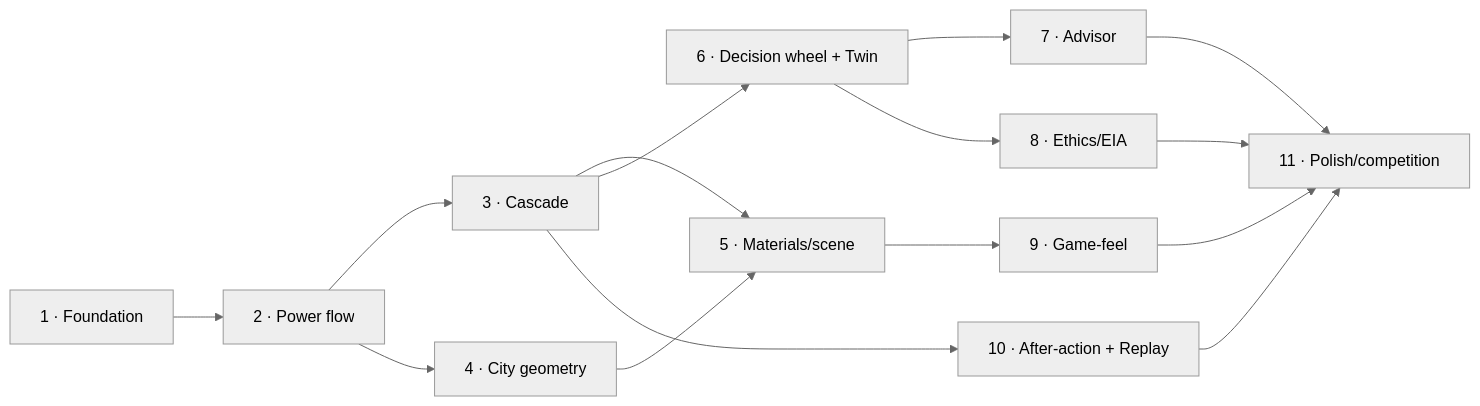
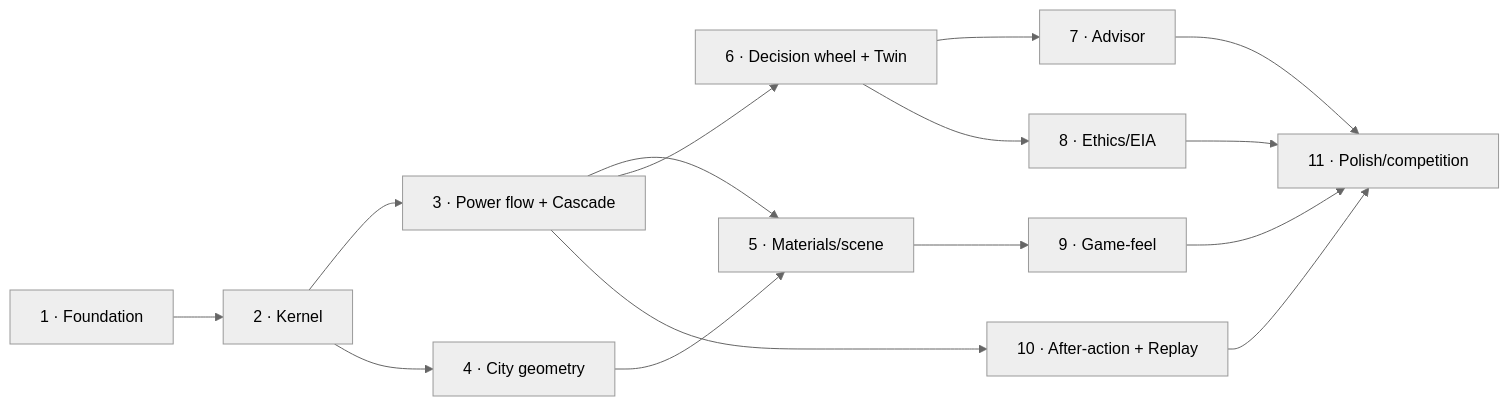
One commit to GalacticVraj/IEEEMETAVERSE changed the diagram in docs/architecture/09-development-roadmap.md. Above: the diagram before and after it, drawn with Mermaid (neutral theme). The commit also changed other lines of this file and 84 other files, not shown here.

````diff
--- a/docs/architecture/09-development-roadmap.md
+++ b/docs/architecture/09-development-roadmap.md
@@ -23,17 +23,17 @@
 ```mermaid
 flowchart LR
-    P1["1 · Foundation"] --> P2["2 · Power flow"]
-    P2 --> P3["3 · Cascade"]
+    P1["1 · Foundation"] --> P2["2 · Kernel"]
+    P2 --> P3["3 · Power flow + Cascade"]
     P2 --> P4["4 · City geometry"]
     P3 --> P5["5 · Materials/scene"]
     P4 --> P5
     P3 --> P6["6 · Decision wheel + Twin"]
     P6 --> P7["7 · Advisor"]
     P6 --> P8["8 · Ethics/EIA"]
     P5 --> P9["9 · Game-feel"]
     P3 --> P10["10 · After-action + Replay"]
     P8 --> P11["11 · Polish/competition"]
     P9 --> P11
     P10 --> P11
     P7 --> P11
 ```
````
